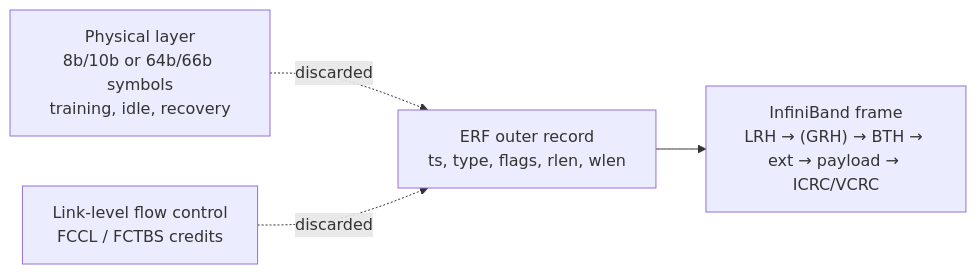
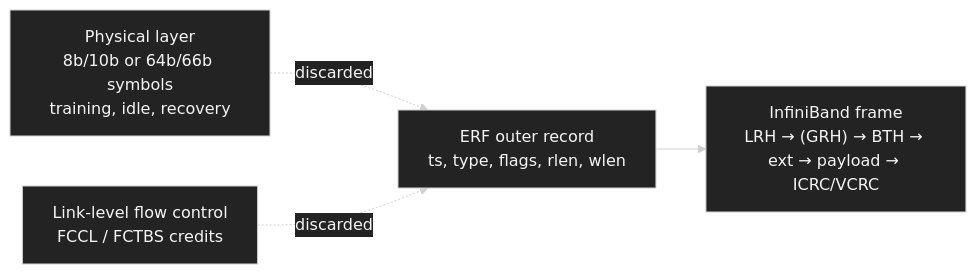
Before and after one commit to ziwon/ai-data-center-network: the second of 9 diagrams in ai-data-center-network/ib-packet-analysis/README.md, drawn with Mermaid. The commit also changed other lines of this file and 35 other files, not shown here.

Commit message:
docs(mermaid): apply dark diagram style

````diff
--- a/ai-data-center-network/ib-packet-analysis/README.md
+++ b/ai-data-center-network/ib-packet-analysis/README.md
@@ -273,11 +274,12 @@
 ```mermaid
+%%{init: {"theme": "base", "themeVariables": {"background": "#171717", "primaryColor": "#232323", "primaryTextColor": "#f5f5f5", "primaryBorderColor": "#d0d0d0", "lineColor": "#cfcfcf", "fontFamily": "Inter, Arial, sans-serif"}}}%%
 flowchart LR
     PHY["Physical layer<br/>8b/10b or 64b/66b symbols<br/>training, idle, recovery"]
     LFC["Link-level flow control<br/>FCCL / FCTBS credits"]
     ERF["ERF outer record<br/>ts, type, flags, rlen, wlen"]
     IB["InfiniBand frame<br/>LRH → (GRH) → BTH → ext → payload → ICRC/VCRC"]
 
     PHY -.discarded.-> ERF
     LFC -.discarded.-> ERF
     ERF --> IB
 ```
````
